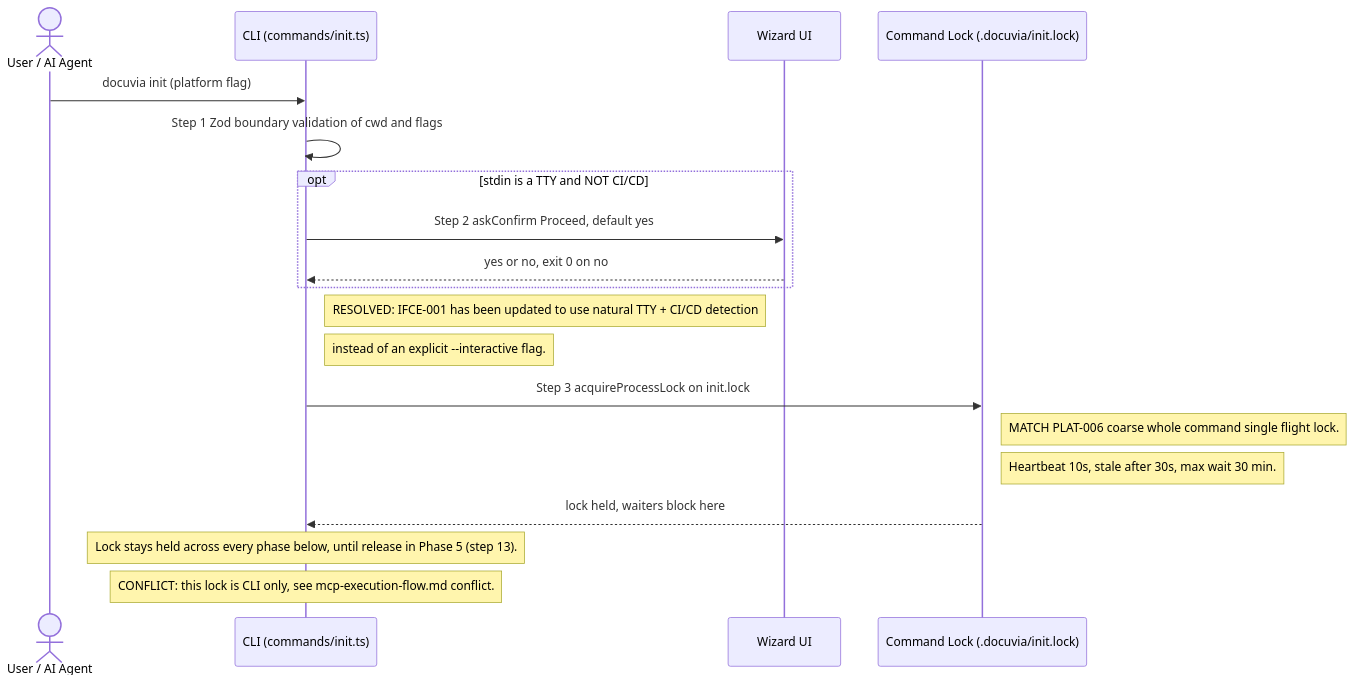
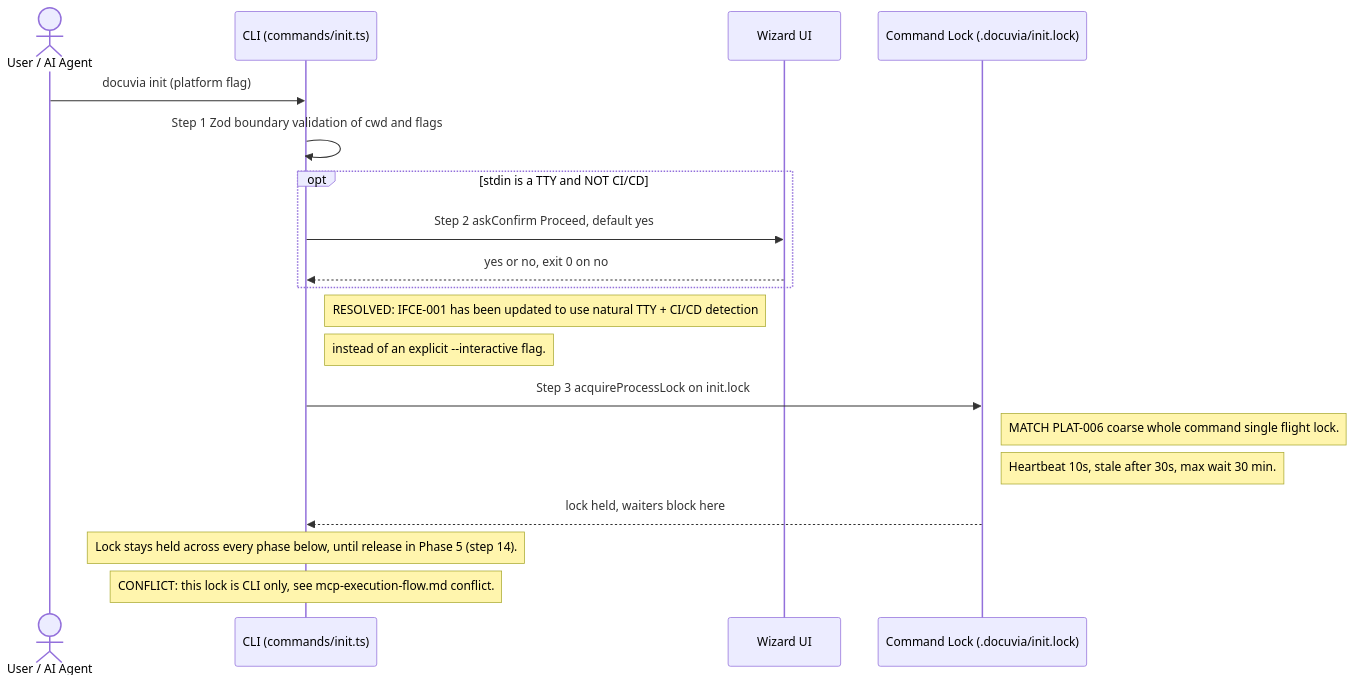
The first of 6 diagrams in docs/gitbook/workflows/init-execution-flow.md (dyphn1/Docuvia), drawn with Mermaid before and after one commit. The commit also changed other lines of this file and 10 other files, not shown here.

````diff
--- a/docs/gitbook/workflows/init-execution-flow.md
+++ b/docs/gitbook/workflows/init-execution-flow.md
@@ -23,24 +23,24 @@
 ```mermaid
 sequenceDiagram
     actor User as User / AI Agent
     participant CLI as CLI (commands/init.ts)
     participant Wizard as Wizard UI
     participant Lock as Command Lock (.docuvia/init.lock)
 
     User->>CLI: docuvia init (platform flag)
     CLI->>CLI: Step 1 Zod boundary validation of cwd and flags
 
     opt stdin is a TTY and NOT CI/CD
         CLI->>Wizard: Step 2 askConfirm Proceed, default yes
         Wizard-->>CLI: yes or no, exit 0 on no
     end
     Note right of CLI: RESOLVED: IFCE-001 has been updated to use natural TTY + CI/CD detection
     Note right of CLI: instead of an explicit --interactive flag.
 
     CLI->>Lock: Step 3 acquireProcessLock on init.lock
     Note right of Lock: MATCH PLAT-006 coarse whole command single flight lock.
     Note right of Lock: Heartbeat 10s, stale after 30s, max wait 30 min.
     Lock-->>CLI: lock held, waiters block here
-    Note over CLI: Lock stays held across every phase below, until release in Phase 5 (step 13).
+    Note over CLI: Lock stays held across every phase below, until release in Phase 5 (step 14).
     Note over CLI: CONFLICT: this lock is CLI only, see mcp-execution-flow.md conflict.
 ```
````
